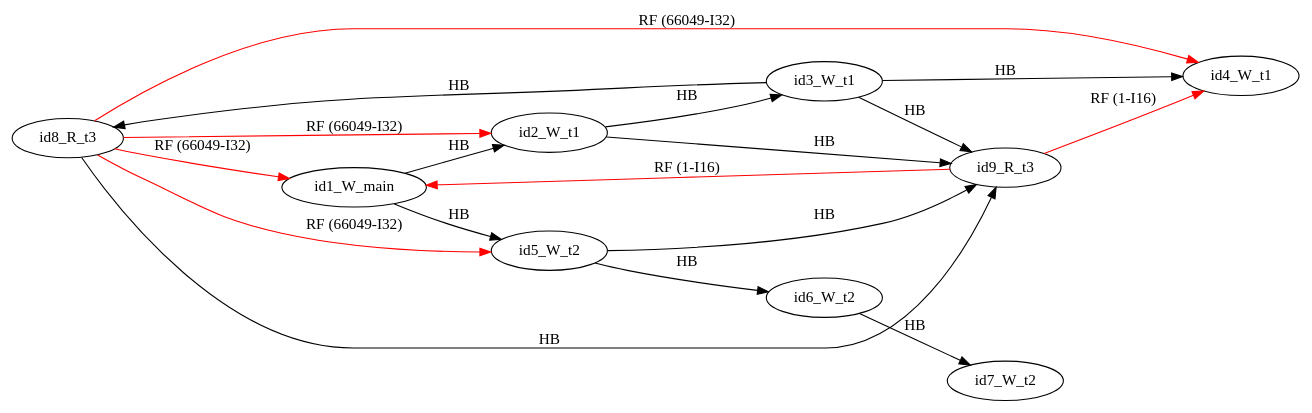
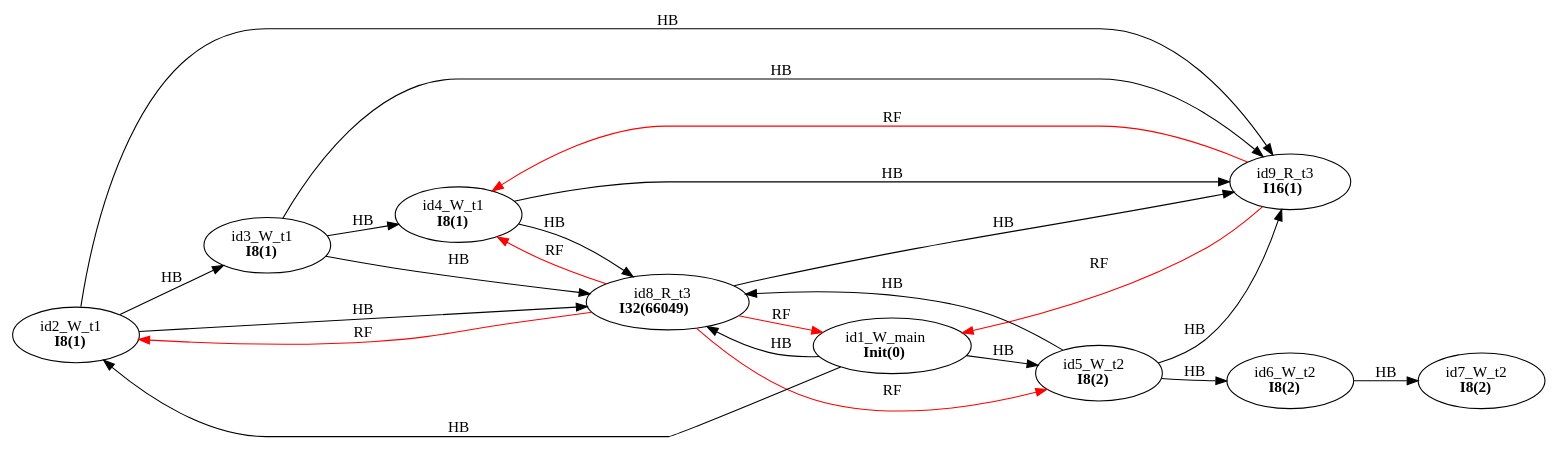
One commit to FMJS/EMME changed the diagram in examples/single_var/sv_simple19/mm12.dot. Above: the diagram before and after it, drawn with Graphviz. The commit also changed 242 other files, not shown here.

```diff
--- a/examples/single_var/sv_simple19/mm12.dot
+++ b/examples/single_var/sv_simple19/mm12.dot
@@ -1,30 +1,35 @@
 digraph memory_model {
 rankdir=LR;
 splines=true; esep=0.5;
-id8_R_t3 -> id1_W_main [label = "RF (66049-I32)", color="red"];
-id8_R_t3 -> id2_W_t1 [label = "RF (66049-I32)", color="red"];
-id8_R_t3 -> id4_W_t1 [label = "RF (66049-I32)", color="red"];
-id8_R_t3 -> id5_W_t2 [label = "RF (66049-I32)", color="red"];
-id9_R_t3 -> id1_W_main [label = "RF (1-I16)", color="red"];
-id9_R_t3 -> id4_W_t1 [label = "RF (1-I16)", color="red"];
 id2_W_t1 -> id3_W_t1 [label = "HB", color="black"];
 id3_W_t1 -> id4_W_t1 [label = "HB", color="black"];
 id5_W_t2 -> id6_W_t2 [label = "HB", color="black"];
 id6_W_t2 -> id7_W_t2 [label = "HB", color="black"];
 id8_R_t3 -> id9_R_t3 [label = "HB", color="black"];
 id1_W_main -> id2_W_t1 [label = "HB", color="black"];
 id1_W_main -> id5_W_t2 [label = "HB", color="black"];
+id1_W_main -> id8_R_t3 [label = "HB", color="black"];
+id2_W_t1 -> id8_R_t3 [label = "HB", color="black"];
 id2_W_t1 -> id9_R_t3 [label = "HB", color="black"];
 id3_W_t1 -> id8_R_t3 [label = "HB", color="black"];
 id3_W_t1 -> id9_R_t3 [label = "HB", color="black"];
+id4_W_t1 -> id8_R_t3 [label = "HB", color="black"];
+id4_W_t1 -> id9_R_t3 [label = "HB", color="black"];
+id5_W_t2 -> id8_R_t3 [label = "HB", color="black"];
 id5_W_t2 -> id9_R_t3 [label = "HB", color="black"];
-id1_W_main [pos="5.0,6!"]
-id2_W_t1 [pos="0,4!"]
-id3_W_t1 [pos="0,2!"]
-id4_W_t1 [pos="0,0!"]
-id5_W_t2 [pos="5,4!"]
-id6_W_t2 [pos="5,2!"]
-id7_W_t2 [pos="5,0!"]
-id8_R_t3 [pos="10,4!"]
-id9_R_t3 [pos="10,2!"]
+id8_R_t3 -> id1_W_main [label = "RF", color="red"];
+id8_R_t3 -> id2_W_t1 [label = "RF", color="red"];
+id8_R_t3 -> id4_W_t1 [label = "RF", color="red"];
+id8_R_t3 -> id5_W_t2 [label = "RF", color="red"];
+id9_R_t3 -> id1_W_main [label = "RF", color="red"];
+id9_R_t3 -> id4_W_t1 [label = "RF", color="red"];
+id1_W_main [label=<id1_W_main<br/><B>Init(0)</B>>, pos="5.0,6!"]
+id2_W_t1 [label=<id2_W_t1<br/><B>I8(1)</B>>, pos="0,4!"]
+id3_W_t1 [label=<id3_W_t1<br/><B>I8(1)</B>>, pos="0,2!"]
+id4_W_t1 [label=<id4_W_t1<br/><B>I8(1)</B>>, pos="0,0!"]
+id5_W_t2 [label=<id5_W_t2<br/><B>I8(2)</B>>, pos="5,4!"]
+id6_W_t2 [label=<id6_W_t2<br/><B>I8(2)</B>>, pos="5,2!"]
+id7_W_t2 [label=<id7_W_t2<br/><B>I8(2)</B>>, pos="5,0!"]
+id8_R_t3 [label=<id8_R_t3<br/><B>I32(66049)</B>>, pos="10,4!"]
+id9_R_t3 [label=<id9_R_t3<br/><B>I16(1)</B>>, pos="10,2!"]
 }
```
